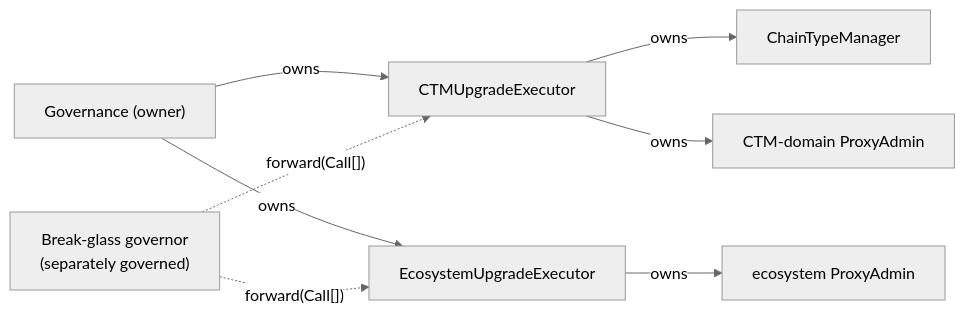
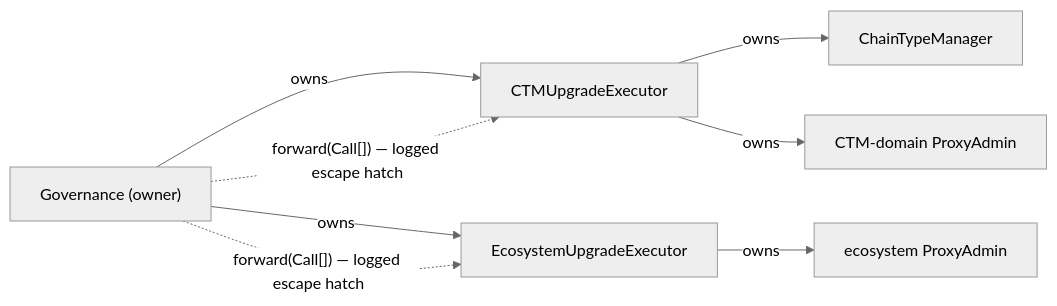
The second of 3 diagrams in docs/registry-driven-upgrades.md (matter-labs/era-contracts), drawn with Mermaid (neutral theme) before and after one commit. The commit also changed other lines of this file and 14 other files, not shown here.

````diff
--- a/docs/registry-driven-upgrades.md
+++ b/docs/registry-driven-upgrades.md
@@ -151,17 +151,16 @@
 ```mermaid
 flowchart LR
     PUH["Governance (owner)"]
-    BG["Break-glass governor<br/>(separately governed)"]
     CTMEXE["CTMUpgradeExecutor"]
     ECOEXE["EcosystemUpgradeExecutor"]
     CTM["ChainTypeManager"]
     PA["ecosystem ProxyAdmin"]
 
     PUH -->|owns| CTMEXE
     PUH -->|owns| ECOEXE
-    BG -.->|"forward(Call[])"| CTMEXE
-    BG -.->|"forward(Call[])"| ECOEXE
+    PUH -.->|"forward(Call[]) — logged escape hatch"| CTMEXE
+    PUH -.->|"forward(Call[]) — logged escape hatch"| ECOEXE
     CTMEXE -->|owns| CTM
     CTMEXE -->|owns| CTMPA["CTM-domain ProxyAdmin"]
     ECOEXE -->|owns| PA
 ```
````
